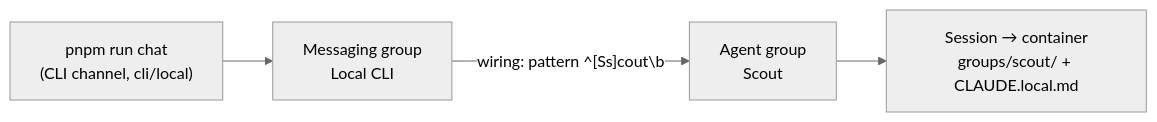
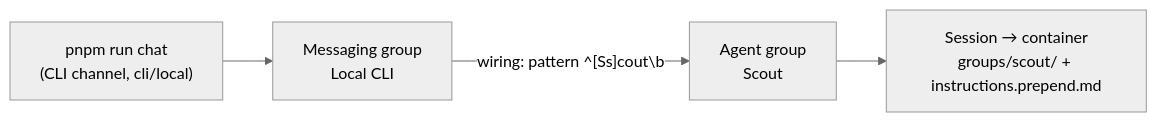
Before and after one commit to glifocat/nanoclaw-docs: the diagram in guides/first-agent.mdx, drawn with Mermaid (neutral theme). The commit also changed other lines of this file and 3 other files, not shown here.

````diff
--- a/guides/first-agent.mdx
+++ b/guides/first-agent.mdx
@@ -122,6 +122,6 @@
 ```mermaid
 graph LR
     A["pnpm run chat<br/>(CLI channel, cli/local)"] --> B["Messaging group<br/>Local CLI"]
     B -- "wiring: pattern ^[Ss]cout\b" --> C["Agent group<br/>Scout"]
-    C --> D["Session → container<br/>groups/scout/ + CLAUDE.local.md"]
+    C --> D["Session → container<br/>groups/scout/ + instructions.prepend.md"]
 ```
````
